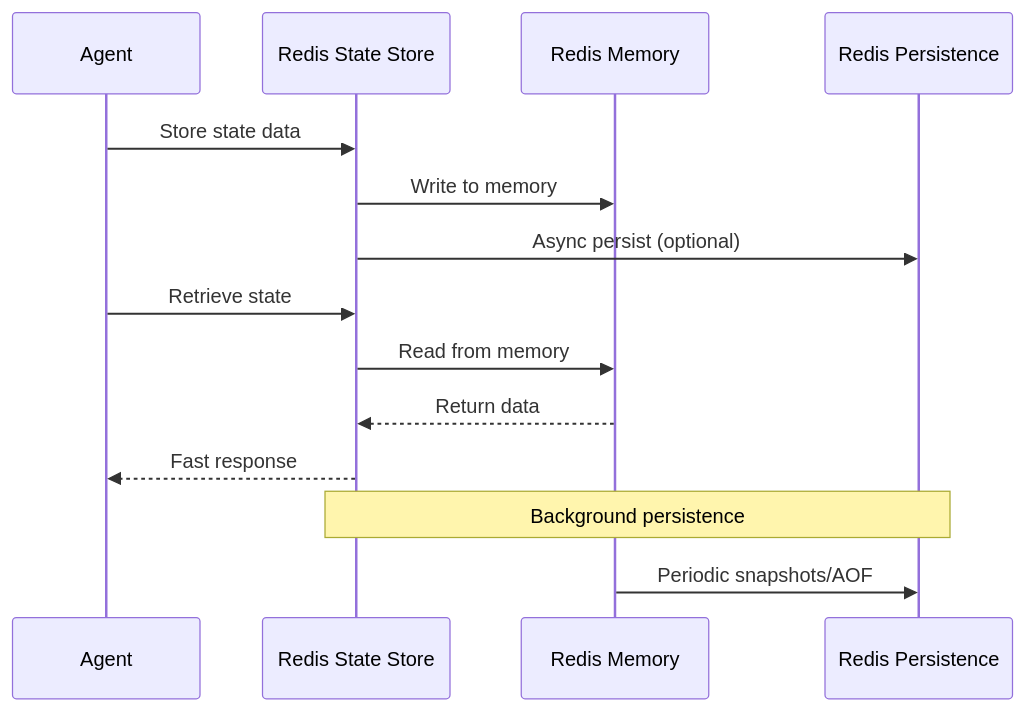
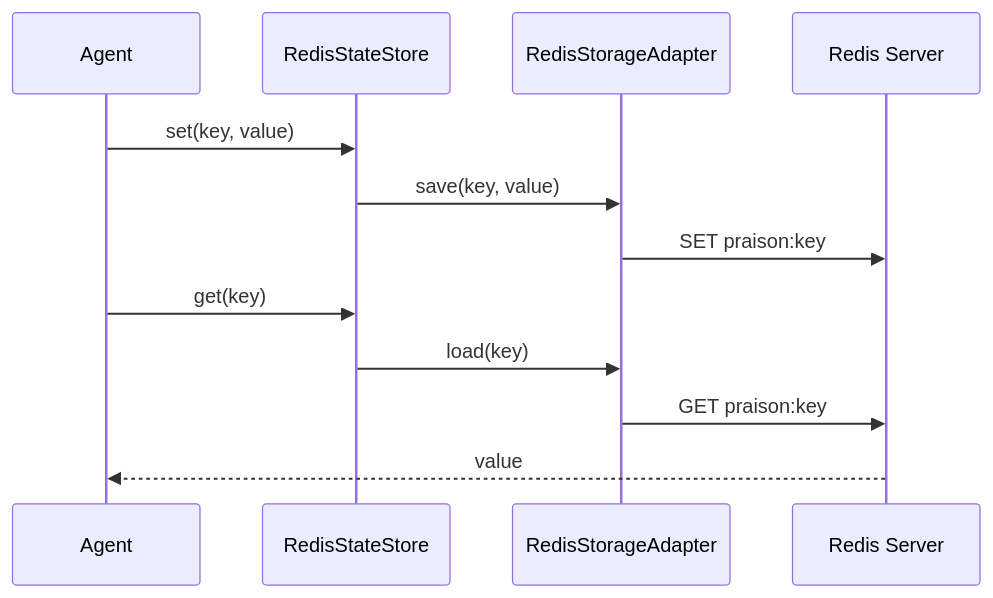
Before and after one commit to MervinPraison/PraisonAIDocs: the third of 3 diagrams in docs/features/persistence-redis.mdx, drawn with Mermaid. The commit also changed other lines of this file and 8 other files, not shown here.

````diff
--- a/docs/features/persistence-redis.mdx
+++ b/docs/features/persistence-redis.mdx
@@ -75,18 +96,15 @@
 ```mermaid
 sequenceDiagram
     participant Agent
-    participant StateStore as Redis State Store
-    participant Memory as Redis Memory
-    participant Disk as Redis Persistence
+    participant StateStore as RedisStateStore
+    participant Adapter as RedisStorageAdapter
+    participant Redis as Redis Server
     
-    Agent->>StateStore: Store state data
-    StateStore->>Memory: Write to memory
-    StateStore->>Disk: Async persist (optional)
-    Agent->>StateStore: Retrieve state
-    StateStore->>Memory: Read from memory
-    Memory-->>StateStore: Return data
-    StateStore-->>Agent: Fast response
-    
-    Note over StateStore,Disk: Background persistence
-    Memory->>Disk: Periodic snapshots/AOF
+    Agent->>StateStore: set(key, value)
+    StateStore->>Adapter: save(key, value)
+    Adapter->>Redis: SET praison:key
+    Agent->>StateStore: get(key)
+    StateStore->>Adapter: load(key)
+    Adapter->>Redis: GET praison:key
+    Redis-->>Agent: value
 ```
````
